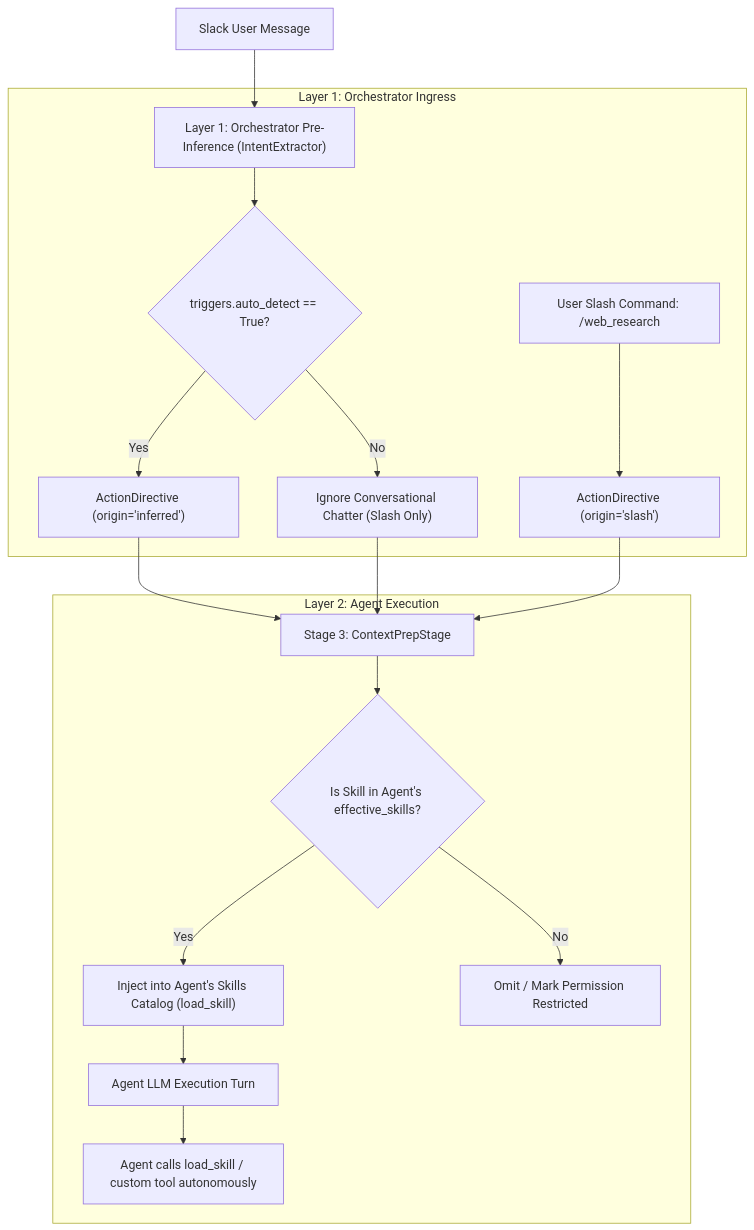
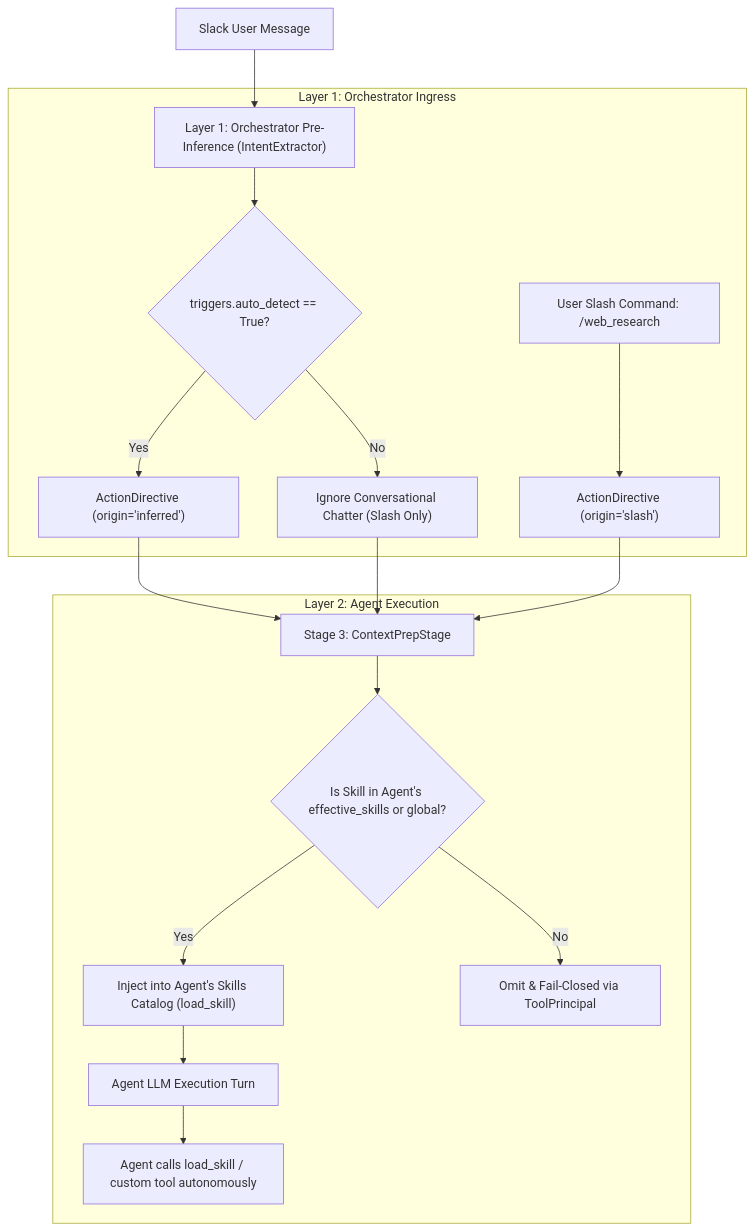
Before and after one commit to BranMik/Izvor: the second of 2 diagrams in docs/agents-and-skills/skills-framework.md, drawn with Mermaid. The commit also changed other lines of this file and 136 other files, not shown here.

````diff
--- a/docs/agents-and-skills/skills-framework.md
+++ b/docs/agents-and-skills/skills-framework.md
@@ -38,23 +39,23 @@
 ```mermaid
 graph TD
     UserMsg["Slack User Message"] --> L1["Layer 1: Orchestrator Pre-Inference (IntentExtractor)"]
     
     subgraph Layer 1: Orchestrator Ingress
         L1 --> L1Check{"triggers.auto_detect == True?"}
         L1Check -->|Yes| InferredAct["ActionDirective (origin='inferred')"]
         L1Check -->|No| DropInference["Ignore Conversational Chatter (Slash Only)"]
         SlashCmd["User Slash Command: /web_research"] --> SlashAct["ActionDirective (origin='slash')"]
     end
 
     InferredAct --> ContextPrep["Stage 3: ContextPrepStage"]
     SlashAct --> ContextPrep
     DropInference --> ContextPrep
 
     subgraph Layer 2: Agent Execution
-        ContextPrep --> AuthCheck{"Is Skill in Agent's effective_skills?"}
+        ContextPrep --> AuthCheck{"Is Skill in Agent's effective_skills or global?"}
         AuthCheck -->|Yes| Catalog["Inject into Agent's Skills Catalog (load_skill)"]
-        AuthCheck -->|No| NoAccess["Omit / Mark Permission Restricted"]
+        AuthCheck -->|No| NoAccess["Omit & Fail-Closed via ToolPrincipal"]
         Catalog --> AgentTurn["Agent LLM Execution Turn"]
         AgentTurn --> ToolCall["Agent calls load_skill / custom tool autonomously"]
     end
 ```
````
